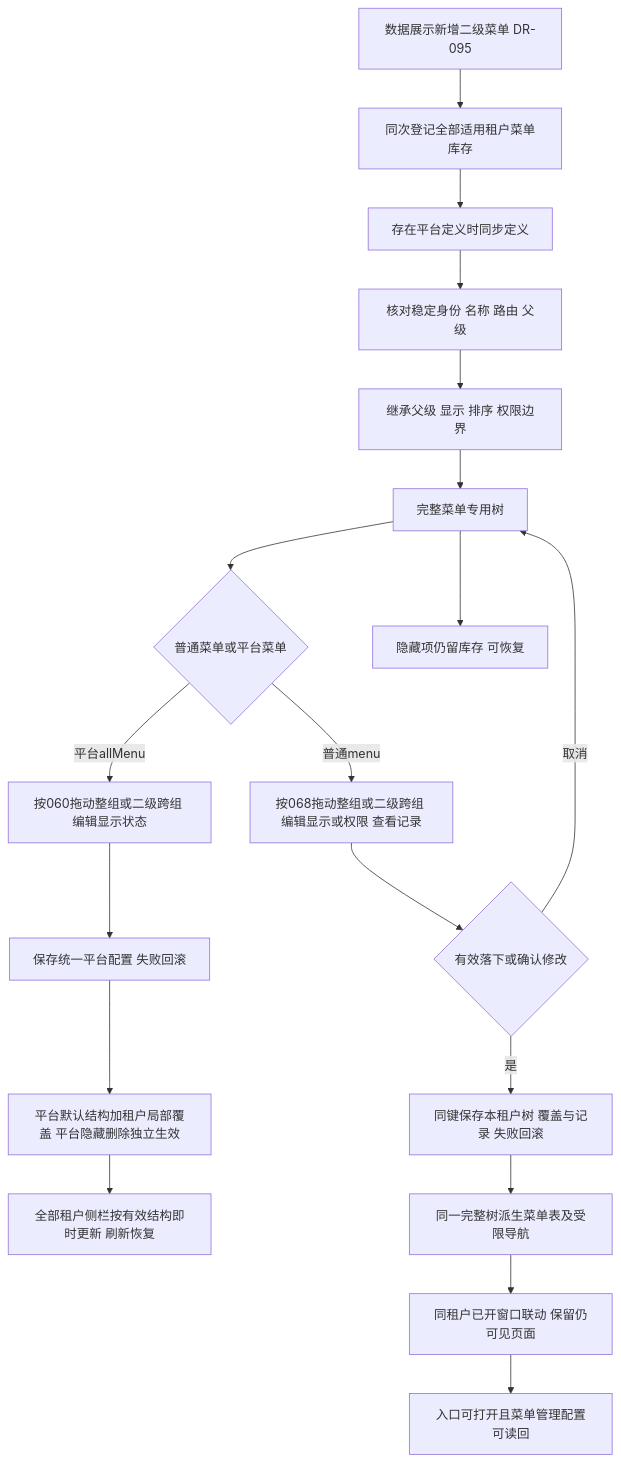
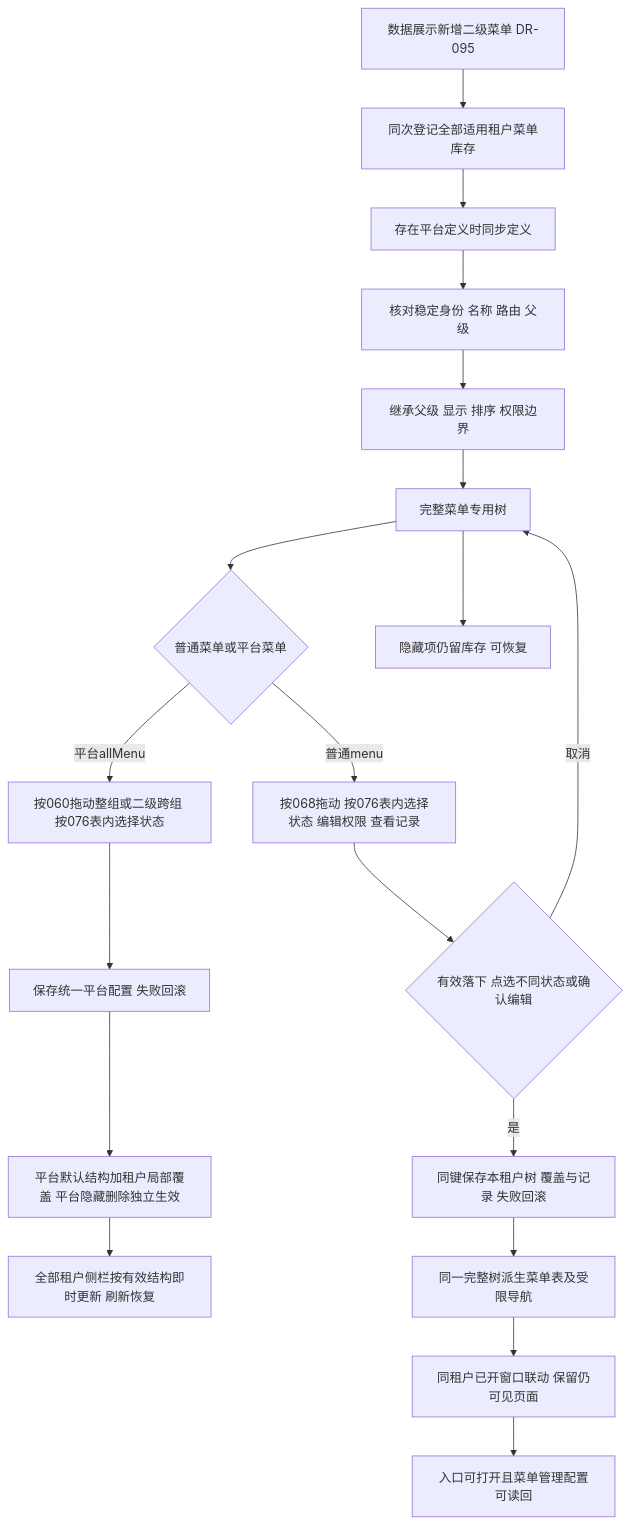
Before and after one commit to xfang9528-glitch/suiyin-admin: the seventh of 14 diagrams in flowcharts/admin-live-reference.md, drawn with Mermaid. The commit also changed other lines of this file and 83 other files, not shown here.

````diff
--- a/flowcharts/admin-live-reference.md
+++ b/flowcharts/admin-live-reference.md
@@ -194,21 +196,21 @@
 ```mermaid
 flowchart TD
     New[数据展示新增二级菜单 DR-095] --> Register[同次登记全部适用租户菜单库存]
     Register --> Platform[存在平台定义时同步定义]
     Platform --> Identity[核对稳定身份 名称 路由 父级]
     Identity --> Existing[继承父级 显示 排序 权限边界]
     Existing --> Tree[完整菜单专用树]
     Tree --> Scope{普通菜单或平台菜单}
-    Scope -->|普通menu| Edit[按068拖动整组或二级跨组 编辑显示或权限 查看记录]
-    Scope -->|平台allMenu| Drag[按060拖动整组或二级跨组 编辑显示状态]
+    Scope -->|普通menu| Edit[按068拖动 按076表内选择状态 编辑权限 查看记录]
+    Scope -->|平台allMenu| Drag[按060拖动整组或二级跨组 按076表内选择状态]
     Drag --> PlatformSave[保存统一平台配置 失败回滚]
     PlatformSave --> Resolve[平台默认结构加租户局部覆盖 平台隐藏删除独立生效]
     Resolve --> AllNav[全部租户侧栏按有效结构即时更新 刷新恢复]
-    Edit --> Decision{有效落下或确认修改}
+    Edit --> Decision{有效落下 点选不同状态或确认编辑}
     Decision -->|取消| Tree
     Decision -->|是| Local[同键保存本租户树 覆盖与记录 失败回滚]
     Local --> TenantResolve[同一完整树派生菜单表及受限导航]
     TenantResolve --> Nav[同租户已开窗口联动 保留仍可见页面]
     Nav --> Check[入口可打开且菜单管理配置可读回]
     Tree --> Hidden[隐藏项仍留库存 可恢复]
 ```
````
